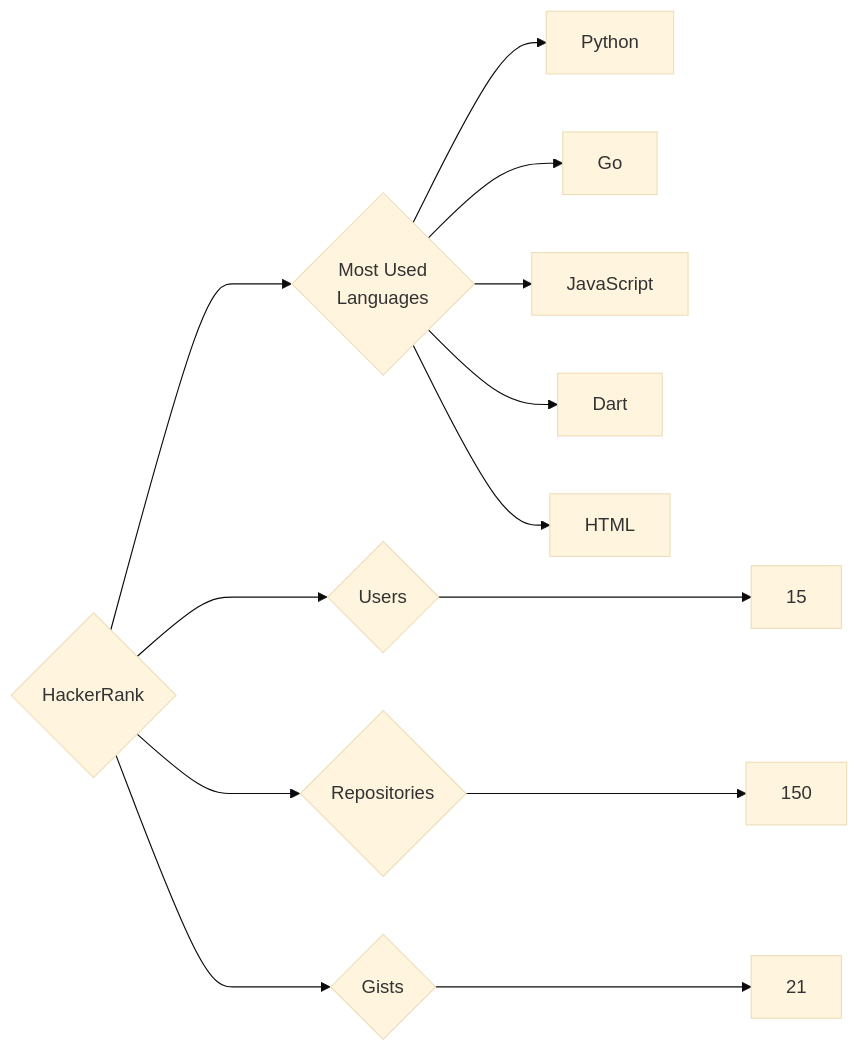
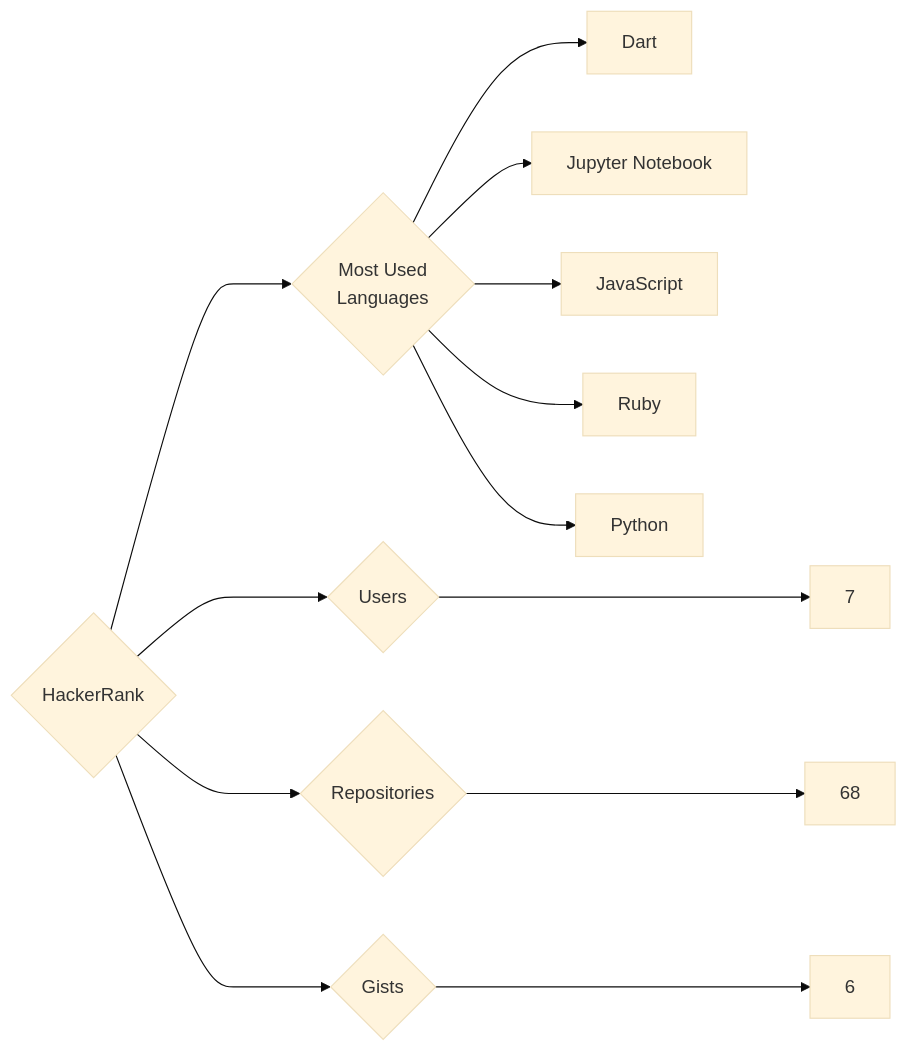
Before and after one commit to trickest/insiders: the diagram in targets/HackerRank/README.md, drawn with Mermaid (base theme). The commit also changed 880 other files, not shown here.

````diff
--- a/targets/HackerRank/README.md
+++ b/targets/HackerRank/README.md
@@ -3,13 +3,13 @@
 ```mermaid
 graph LR
 COMPANY_NAME{HackerRank}
-COMPANY_NAME ---> U{Users} ---> UN[15]
-COMPANY_NAME ---> R{Repositories} ---> RN[150]
-COMPANY_NAME ---> G{Gists} ---> GN[21]
+COMPANY_NAME ---> U{Users} ---> UN[7]
+COMPANY_NAME ---> R{Repositories} ---> RN[68]
+COMPANY_NAME ---> G{Gists} ---> GN[6]
 COMPANY_NAME ---> ML{Most Used<br>Languages}
+ML --> Dart[Dart]
+ML --> Jupyter_Notebook[Jupyter Notebook]
+ML --> JavaScript[JavaScript]
+ML --> Ruby[Ruby]
 ML --> Python[Python]
-ML --> Go[Go]
-ML --> JavaScript[JavaScript]
-ML --> Dart[Dart]
-ML --> HTML[HTML]
 ```
````
